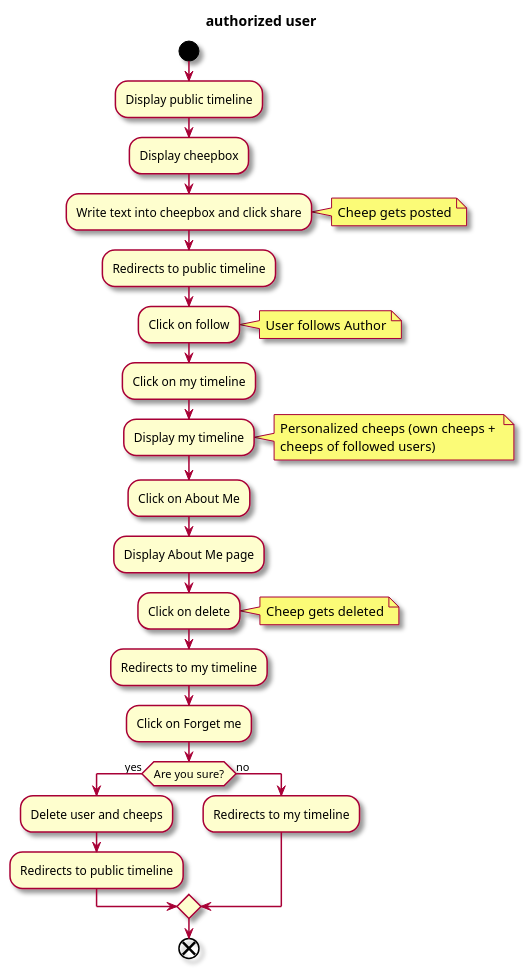
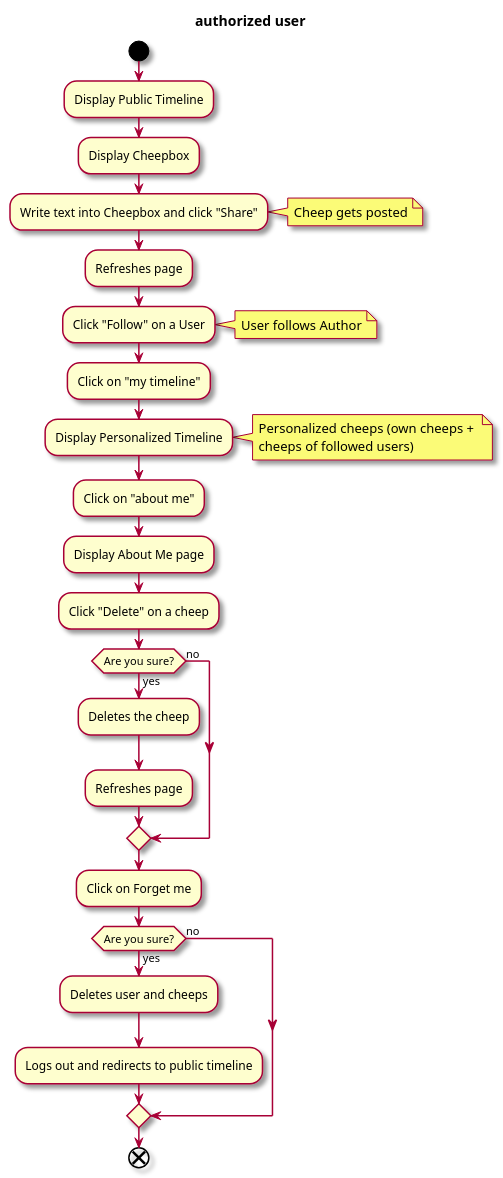
Before and after one commit to ITU-BDSA23-GROUP15/Chirp: the diagram in docs/user_activity_authenticated.pu, drawn with PlantUML. The commit also changed 2 other files, not shown here.

Commit message:
update user activity diagrams

```diff
--- a/docs/user_activity_authenticated.pu
+++ b/docs/user_activity_authenticated.pu
@@ -1,39 +1,39 @@
 @startuml
 skin rose
 
 title authorized user
 
 start
-:Display public timeline;
-:Display cheepbox;
-:Write text into cheepbox and click share; 
+:Display Public Timeline;
+:Display Cheepbox;
+:Write text into Cheepbox and click "Share"; 
 note right
     Cheep gets posted
 end note
-:Redirects to public timeline;
-:Click on follow;
+:Refreshes page;
+:Click "Follow" on a User;
 note right
     User follows Author
 end note
-:Click on my timeline;
-:Display my timeline;
+:Click on "my timeline";
+:Display Personalized Timeline;
 note right
     Personalized cheeps (own cheeps + 
     cheeps of followed users)
 end note
-:Click on About Me;
+:Click on "about me";
 :Display About Me page;
-:Click on delete; 
-note right 
-    Cheep gets deleted
-end note
-:Redirects to my timeline;
+:Click "Delete" on a cheep;
+if (Are you sure?) then (yes)
+    :Deletes the cheep;
+    :Refreshes page;
+else (no)
+endif
 :Click on Forget me;
 if (Are you sure?) then (yes)
-    :Delete user and cheeps;
-    :Redirects to public timeline;
+    :Deletes user and cheeps;
+    :Logs out and redirects to public timeline;
 else (no)
-    :Redirects to my timeline;
 endif
 end
 @enduml
```
